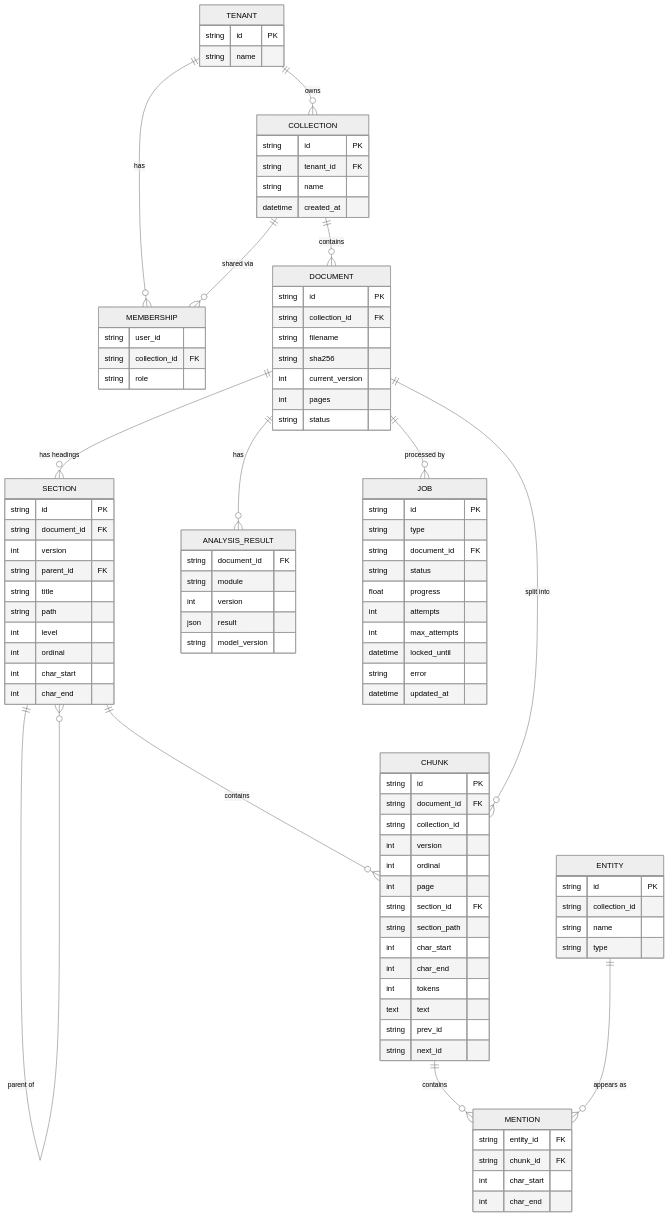
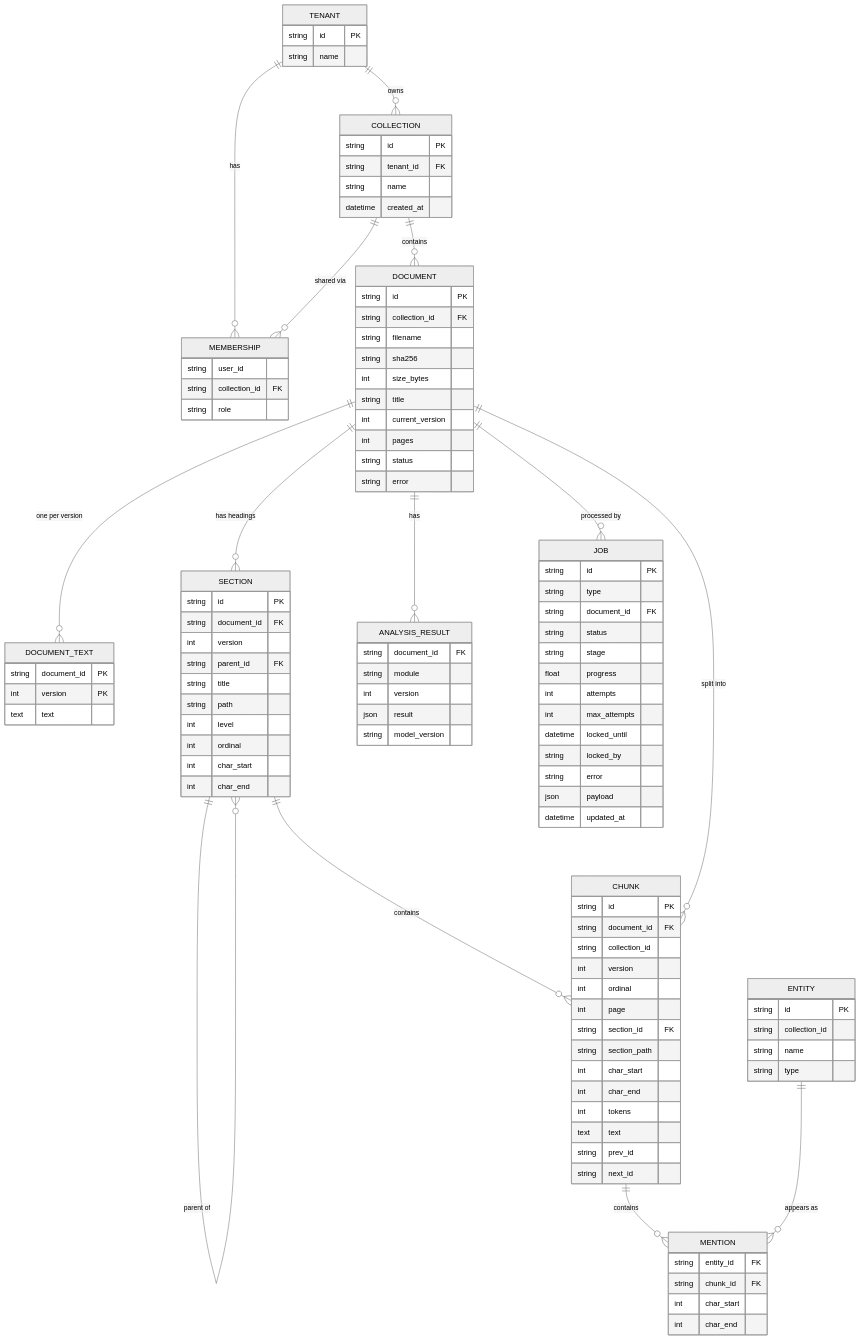
One commit to MKD2004/CADIS changed the third of 7 diagrams in ARCHITECTURE_V2.md. Above: the diagram before and after it, drawn with Mermaid (neutral theme). The commit also changed other lines of this file and 4 other files, not shown here.

````diff
--- a/ARCHITECTURE_V2.md
+++ b/ARCHITECTURE_V2.md
@@ -239,26 +244,28 @@
 ```mermaid
 erDiagram
     TENANT ||--o{ COLLECTION : owns
     TENANT ||--o{ MEMBERSHIP : has
     COLLECTION ||--o{ MEMBERSHIP : "shared via"
     COLLECTION ||--o{ DOCUMENT : contains
+    DOCUMENT ||--o{ DOCUMENT_TEXT : "one per version"
     DOCUMENT ||--o{ SECTION : "has headings"
     SECTION ||--o{ SECTION : "parent of"
     SECTION ||--o{ CHUNK : contains
     DOCUMENT ||--o{ CHUNK : "split into"
     DOCUMENT ||--o{ ANALYSIS_RESULT : has
     DOCUMENT ||--o{ JOB : "processed by"
     CHUNK ||--o{ MENTION : contains
     ENTITY ||--o{ MENTION : "appears as"
 
     TENANT { string id PK  string name }
     MEMBERSHIP { string user_id  string collection_id FK  string role }
     COLLECTION { string id PK  string tenant_id FK  string name  datetime created_at }
-    DOCUMENT { string id PK  string collection_id FK  string filename  string sha256  int current_version  int pages  string status }
+    DOCUMENT { string id PK  string collection_id FK  string filename  string sha256  int size_bytes  string title  int current_version  int pages  string status  string error }
+    DOCUMENT_TEXT { string document_id PK  int version PK  text text }
     SECTION { string id PK  string document_id FK  int version  string parent_id FK  string title  string path  int level  int ordinal  int char_start  int char_end }
     CHUNK { string id PK  string document_id FK  string collection_id  int version  int ordinal  int page  string section_id FK  string section_path  int char_start  int char_end  int tokens  text text  string prev_id  string next_id }
     ANALYSIS_RESULT { string document_id FK  string module  int version  json result  string model_version }
-    JOB { string id PK  string type  string document_id FK  string status  float progress  int attempts  int max_attempts  datetime locked_until  string error  datetime updated_at }
+    JOB { string id PK  string type  string document_id FK  string status  string stage  float progress  int attempts  int max_attempts  datetime locked_until  string locked_by  string error  json payload  datetime updated_at }
     ENTITY { string id PK  string collection_id  string name  string type }
     MENTION { string entity_id FK  string chunk_id FK  int char_start  int char_end }
 ```
````
